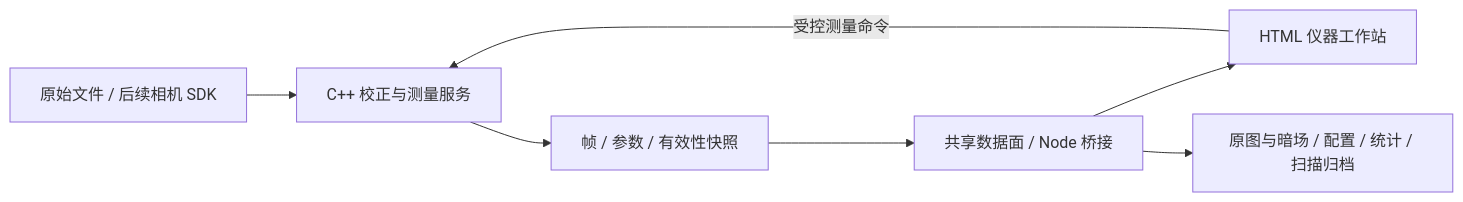
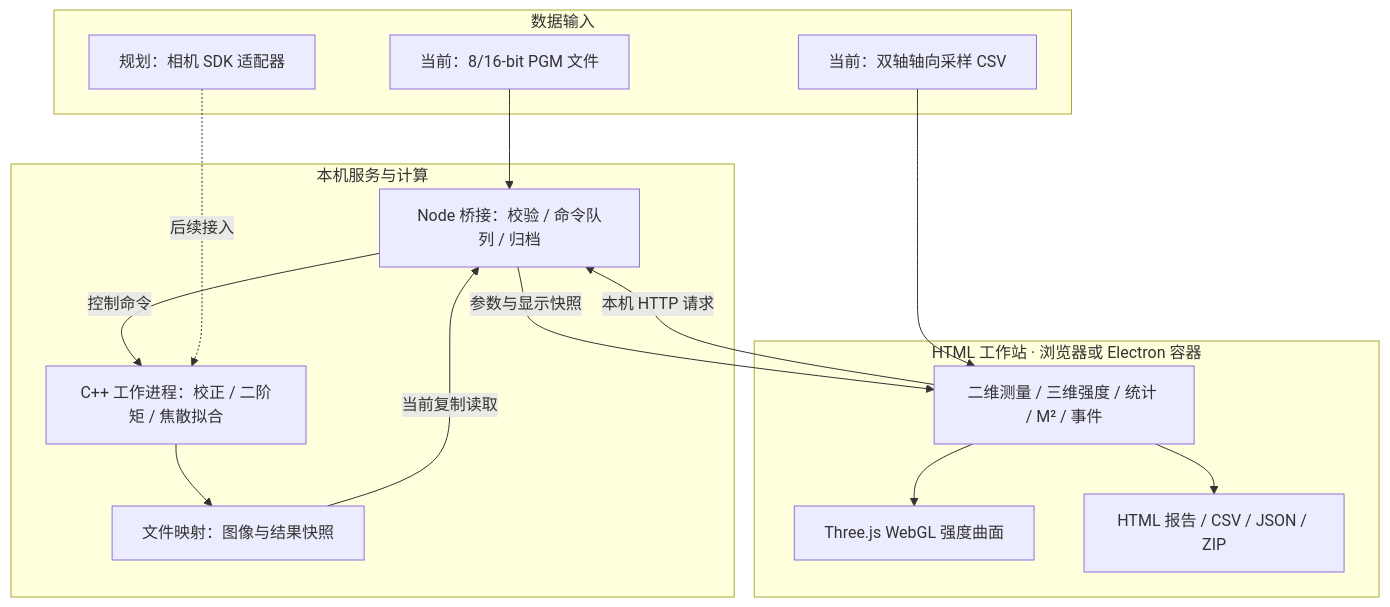
Before and after one commit to aruchid/laser-beam-analyzer: the diagram in README.md, drawn with Mermaid. The commit also changed other lines of this file, not shown here.

Commit message:
docs: clarify BeamLab scope architecture and measurement workflows

````diff
--- a/README.md
+++ b/README.md
@@ -9,9 +15,28 @@
 ```mermaid
-flowchart LR
- SOURCE[原始文件 / 后续相机 SDK] --> CPP[C++ 校正与测量服务]
- CPP --> RESULT[帧 / 参数 / 有效性快照]
- RESULT --> BRIDGE[共享数据面 / Node 桥接]
- BRIDGE --> UI[HTML 仪器工作站]
- UI -->|受控测量命令| CPP
- BRIDGE --> ARCHIVE[原图与暗场 / 配置 / 统计 / 扫描归档]
+flowchart TB
+ subgraph INPUT[数据输入]
+  FILE[当前：8/16-bit PGM 文件]
+  CAMERA[规划：相机 SDK 适配器]
+  CSV[当前：双轴轴向采样 CSV]
+ end
+ subgraph HOST[本机服务与计算]
+  BRIDGE[Node 桥接：校验 / 命令队列 / 归档]
+  CPP[C++ 工作进程：校正 / 二阶矩 / 焦散拟合]
+  MAP[文件映射：图像与结果快照]
+  BRIDGE -->|控制命令| CPP
+  CPP --> MAP
+  MAP -->|当前复制读取| BRIDGE
+ end
+ subgraph VIEW[HTML 工作站 · 浏览器或 Electron 容器]
+  UI[二维测量 / 三维强度 / 统计 / M² / 事件]
+  GPU[Three.js WebGL 强度曲面]
+  REPORT[HTML 报告 / CSV / JSON / ZIP]
+  UI --> GPU
+  UI --> REPORT
+ end
+ FILE --> BRIDGE
+ CAMERA -.后续接入.-> CPP
+ CSV --> UI
+ UI -->|本机 HTTP 请求| BRIDGE
+ BRIDGE -->|参数与显示快照| UI
 ```
````
